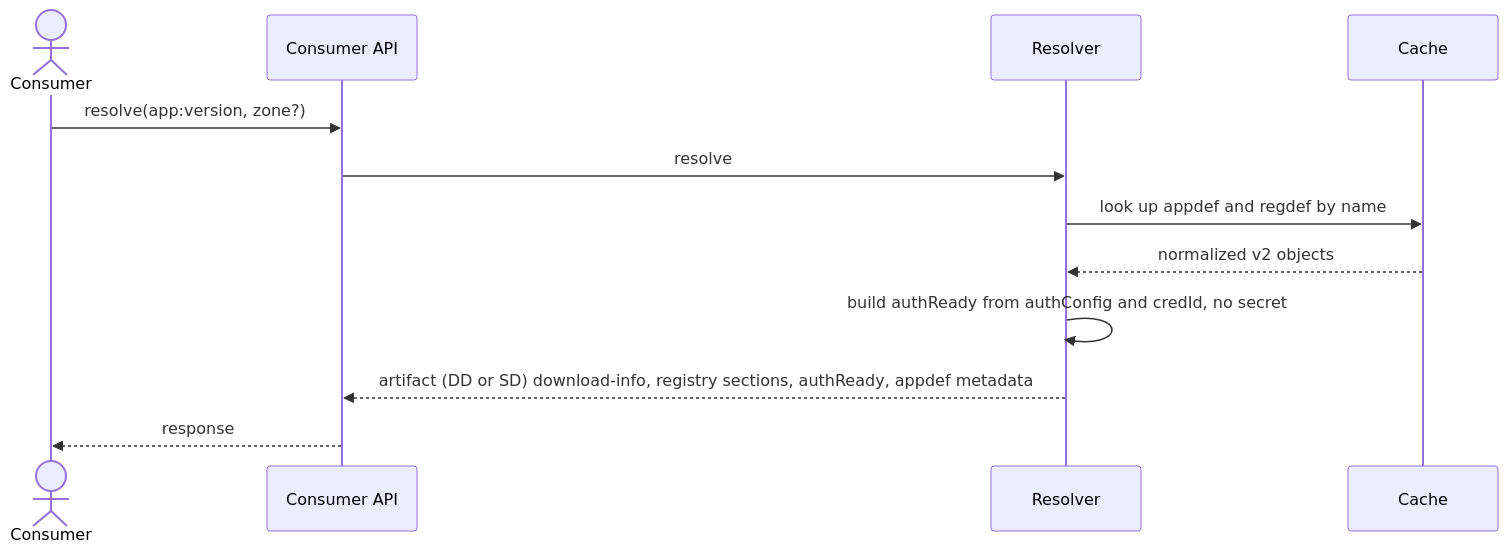
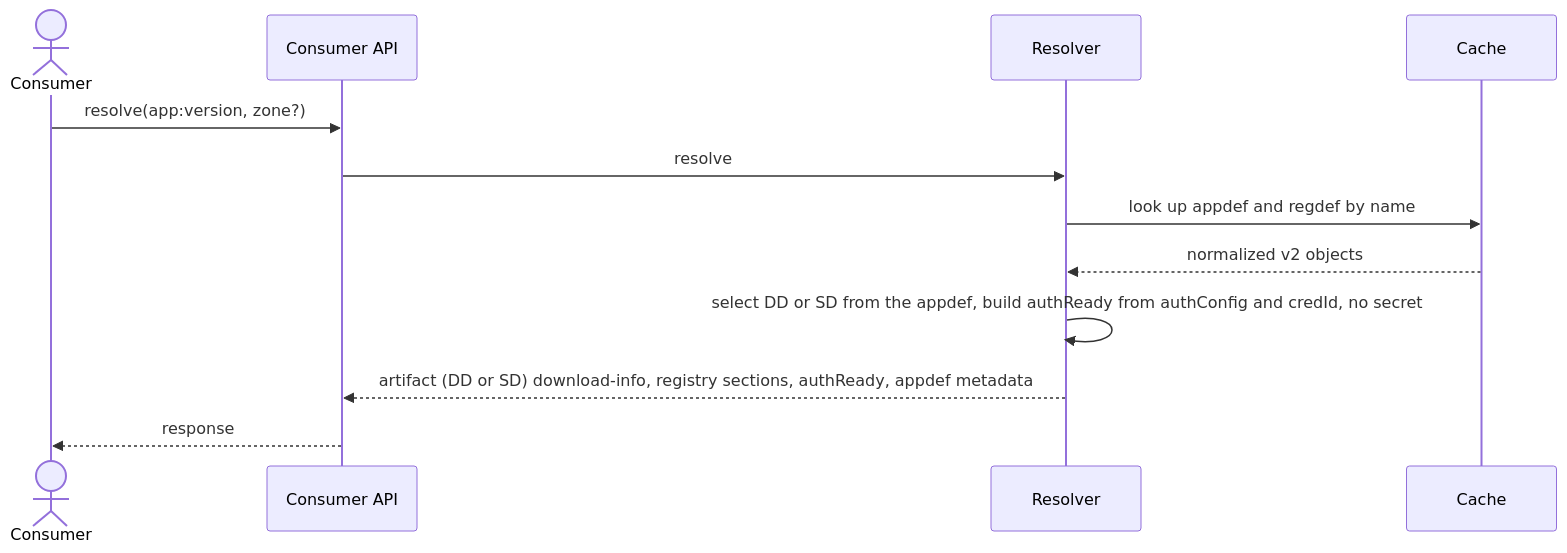
The third of 5 diagrams in docs/analysis/app-reg-def-service/design/architecture.md (Netcracker/qubership-envgene), drawn with Mermaid before and after one commit. The commit also changed other lines of this file, not shown here.

First line of the commit message:
docs: close completeness gaps and cut redundancy in architecture.md

````diff
--- a/docs/analysis/app-reg-def-service/design/architecture.md
+++ b/docs/analysis/app-reg-def-service/design/architecture.md
@@ -71,14 +68,14 @@
 ```mermaid
 sequenceDiagram
   actor C as Consumer
   participant API as Consumer API
   participant R as Resolver
   participant Cache
   C->>API: resolve(app:version, zone?)
   API->>R: resolve
   R->>Cache: look up appdef and regdef by name
   Cache-->>R: normalized v2 objects
-  R->>R: build authReady from authConfig and credId, no secret
+  R->>R: select DD or SD from the appdef, build authReady from authConfig and credId, no secret
   R-->>API: artifact (DD or SD) download-info, registry sections, authReady, appdef metadata
   API-->>C: response
 ```
````
